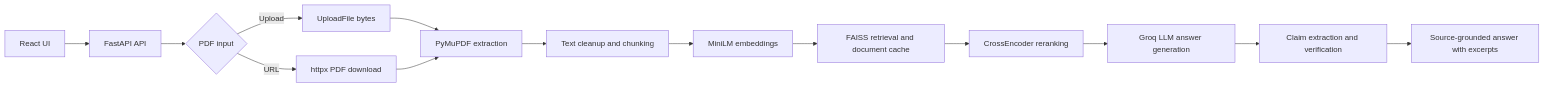
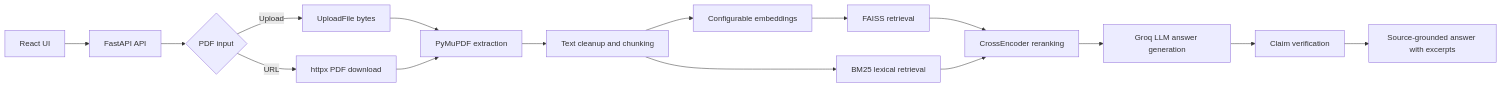
The diagram in README.md (Shreerang4/Intelligent-Document-Query-Engine-RAG), drawn with Mermaid before and after one commit. The commit also changed other lines of this file and 4 other files, not shown here.

Commit message:
Document retrieval benchmark results

````diff
--- a/README.md
+++ b/README.md
@@ -35,16 +34,18 @@
 ```mermaid
 flowchart LR
     A[React UI] --> B[FastAPI API]
     B --> C{PDF input}
     C -->|Upload| D[UploadFile bytes]
     C -->|URL| E[httpx PDF download]
     D --> F[PyMuPDF extraction]
     E --> F
     F --> G[Text cleanup and chunking]
-    G --> H[MiniLM embeddings]
-    H --> I[FAISS retrieval and document cache]
-    I --> J[CrossEncoder reranking]
-    J --> K[Groq LLM answer generation]
-    K --> L[Claim extraction and verification]
-    L --> M[Source-grounded answer with excerpts]
+    G --> H[Configurable embeddings]
+    H --> I[FAISS retrieval]
+    G --> J[BM25 lexical retrieval]
+    I --> K[CrossEncoder reranking]
+    J --> K
+    K --> L[Groq LLM answer generation]
+    L --> M[Claim verification]
+    M --> N[Source-grounded answer with excerpts]
 ```
````
